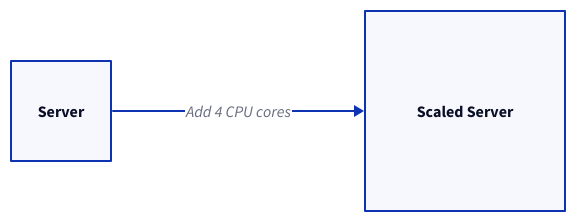
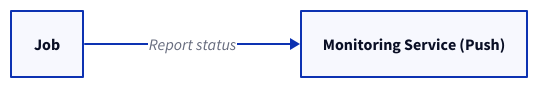
The seventh of 14 diagrams in content/docs/system-administration/system-monitoring/_index.md (link1905/system-design-101), drawn with D2 before and after one commit. The commit also changed other lines of this file and 12 other files, not shown here.

````diff
--- a/content/docs/system-administration/system-monitoring/_index.md
+++ b/content/docs/system-administration/system-monitoring/_index.md
@@ -231,14 +376,10 @@
 ```d2
 direction: right
-server1: Server {
+j: Job {
+  class: process
+}
+m: Monitoring Service (Push) {
   class: server
-  width: 100
-  height: 100
 }
-server2: Scaled Server {
-  class: server
-  width: 200
-  height: 200
-}
-server1 -> server2: Add 4 CPU cores
+j -> m: Report status
 ```
````
